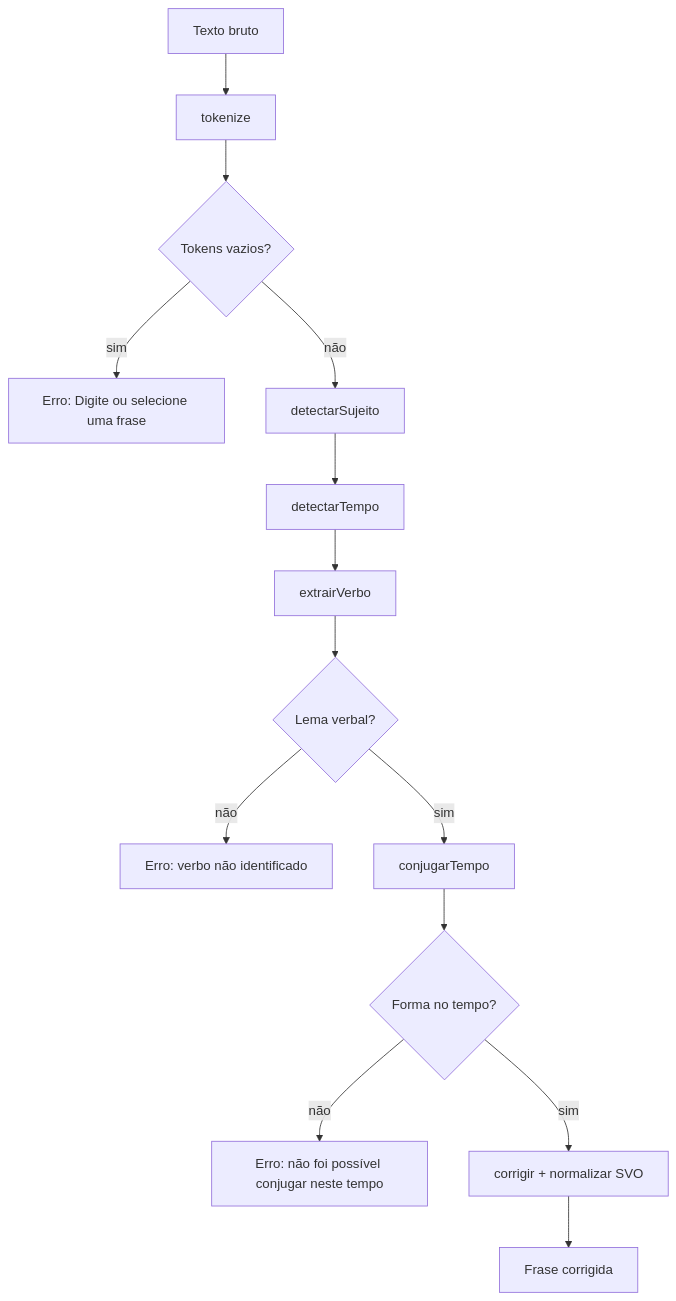
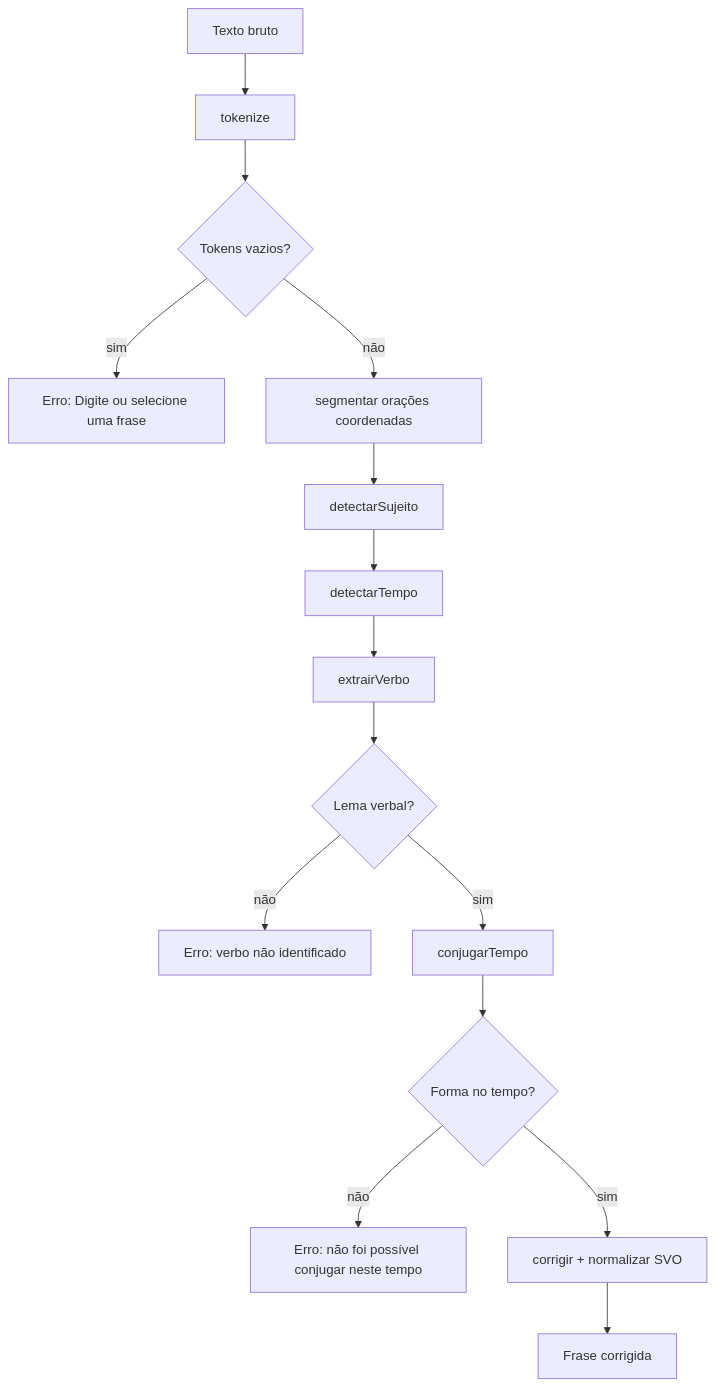
Before and after one commit to aac-ai-lab/conjug.ai: the first of 6 diagrams in docs/diagrama.md, drawn with Mermaid. The commit also changed other lines of this file and 28 other files, not shown here.

````diff
--- a/docs/diagrama.md
+++ b/docs/diagrama.md
@@ -11,16 +11,17 @@
 ```mermaid
 flowchart TD
   A[Texto bruto] --> B[tokenize]
   B --> C{Tokens vazios?}
   C -->|sim| ERR[Erro: Digite ou selecione uma frase]
-  C -->|não| D[detectarSujeito]
+  C -->|não| S0[segmentar orações coordenadas]
+  S0 --> D[detectarSujeito]
   D --> E[detectarTempo]
   E --> F[extrairVerbo]
   F --> G{Lema verbal?}
   G -->|não| ERR2[Erro: verbo não identificado]
   G -->|sim| H[conjugarTempo]
   H --> I{Forma no tempo?}
   I -->|não| ERR3[Erro: não foi possível conjugar neste tempo]
   I -->|sim| J[corrigir + normalizar SVO]
   J --> K[Frase corrigida]
 ```
````
